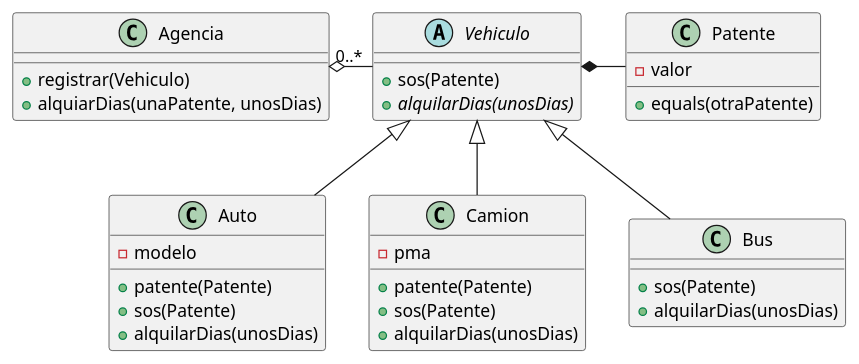
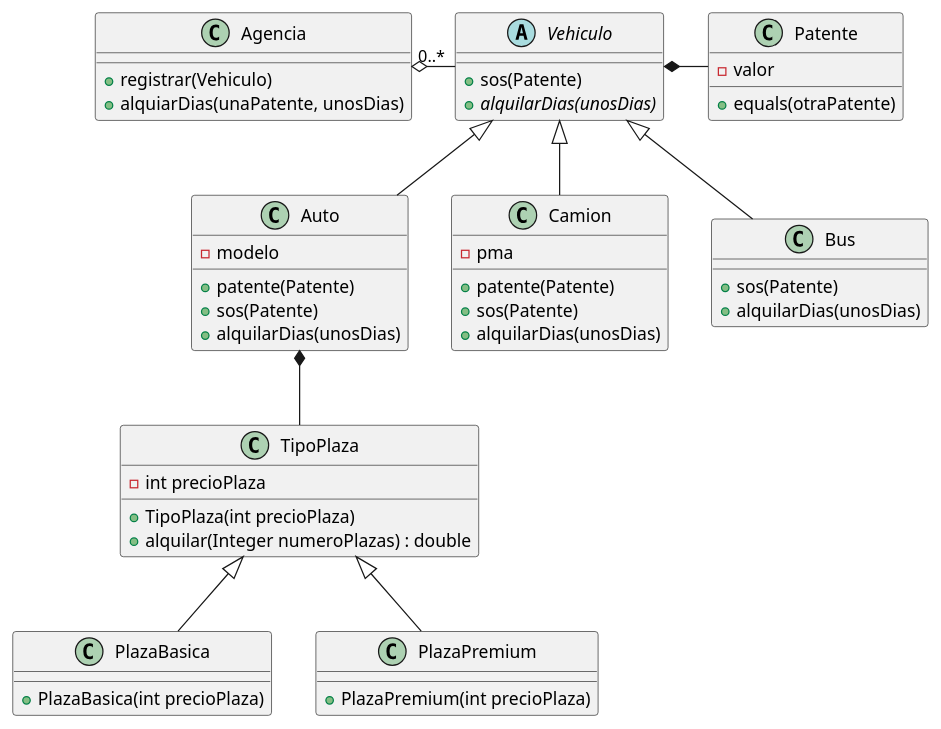
Before and after one commit to laldonate96/algo3_alquiler_autos: the diagram in diagramas/herencia/dc.plantuml, drawn with PlantUML. The commit also changed 16 other files, not shown here.

Commit message:
polymorphism diagrams and sequences added

```diff
--- a/diagramas/herencia/dc.plantuml
+++ b/diagramas/herencia/dc.plantuml
@@ -1,48 +1,69 @@
-@startuml
+ @startuml
 
 class Agencia {
 
         + registrar(Vehiculo)
         + alquiarDias(unaPatente, unosDias)
 }
 
 abstract class  Vehiculo {
         + sos(Patente)
         + {abstract} alquilarDias(unosDias)
 }
 
+class TipoPlaza {
+    - int precioPlaza
+
+    + TipoPlaza(int precioPlaza)
+    + alquilar(Integer numeroPlazas) : double
+}
+
+class PlazaBasica {
+
+    + PlazaBasica(int precioPlaza)
+}
+
+class PlazaPremium {
+
+    + PlazaPremium(int precioPlaza)
+}
 class Auto {
         - modelo
 
         + patente(Patente)
         + sos(Patente)
         + alquilarDias(unosDias)
 }
 
 class Camion {
         - pma
 
         + patente(Patente)
         + sos(Patente)
         + alquilarDias(unosDias)
 }
 
 class Bus {
         + sos(Patente)
         + alquilarDias(unosDias)
 }
 
 class Patente {
         - valor
 
         + equals(otraPatente)
 }
 
 Vehiculo *- Patente
 
 Agencia o- "0..*" Vehiculo
 
 Vehiculo <|-- Auto
 Vehiculo <|-- Camion
 Vehiculo <|-- Bus
+
+Auto *-- TipoPlaza
+
+TipoPlaza <|-- PlazaPremium
+TipoPlaza <|-- PlazaBasica
 @enduml
```
